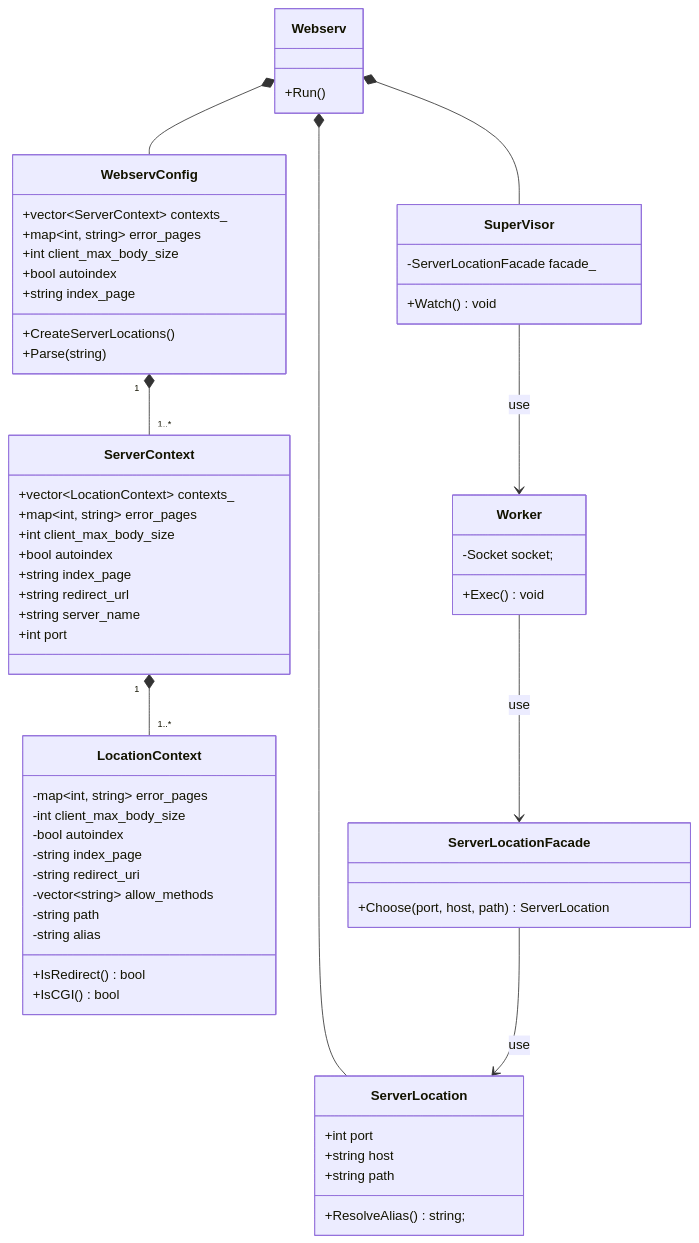
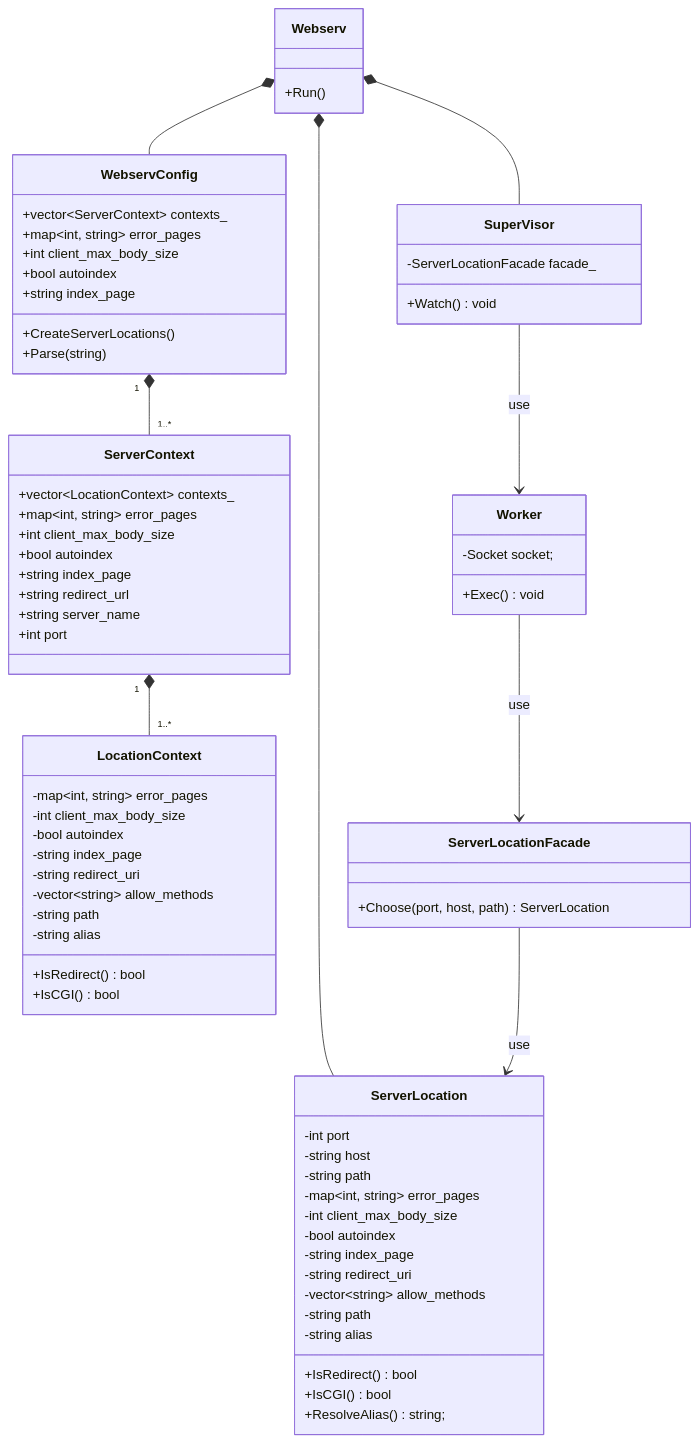
The diagram in docs/class/config_class.md (katataku/webserv), drawn with Mermaid before and after one commit. The commit also changed 1 other file, not shown here.

Commit message:
fix: transaction finish

````diff
--- a/docs/class/config_class.md
+++ b/docs/class/config_class.md
@@ -68,9 +68,19 @@
 
     %% configを元に各locationごとの設定 %%
     class ServerLocation {
-        +int port
-        +string host
-        +string path
+        -int port
+        -string host
+        -string path
+        -map~int, string~ error_pages
+        -int client_max_body_size
+        -bool autoindex
+        -string index_page
+        -string redirect_uri
+        -vector~string~ allow_methods
+        -string path
+        -string alias
+        +IsRedirect() bool
+        +IsCGI() bool
         +ResolveAlias() string;
     }
 ```
````
